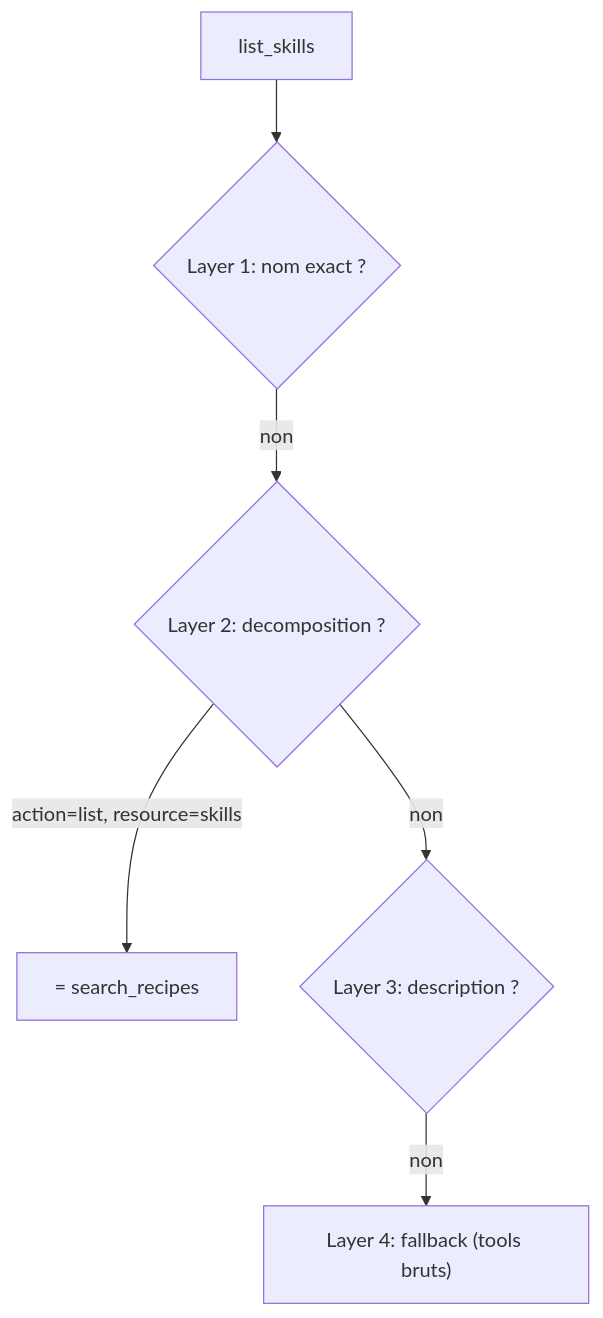
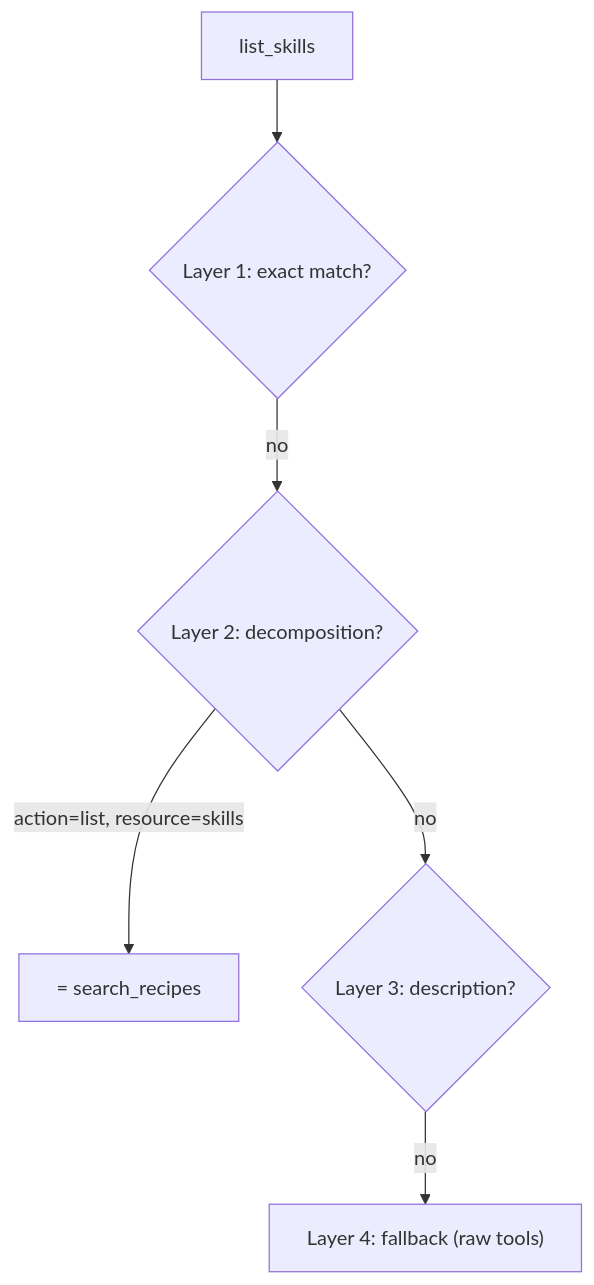
One commit to jeanbaptiste/webmcp-auto-ui changed the tenth of 11 diagrams in docs/starlight/src/content/docs/tutorials/architecture-mcp-webmcp.mdx. Above: the diagram before and after it, drawn with Mermaid. The commit also changed other lines of this file and 94 other files, not shown here.

````diff
--- a/docs/starlight/src/content/docs/tutorials/architecture-mcp-webmcp.mdx
+++ b/docs/starlight/src/content/docs/tutorials/architecture-mcp-webmcp.mdx
@@ -358,8 +335,8 @@
 ```mermaid
 graph TD
-    Tool["list_skills"] --> L1{Layer 1: nom exact ?}
-    L1 -->|non| L2{Layer 2: decomposition ?}
+    Tool["list_skills"] --> L1{Layer 1: exact match?}
+    L1 -->|no| L2{Layer 2: decomposition?}
     L2 -->|action=list, resource=skills| Match["= search_recipes"]
-    L2 -->|non| L3{Layer 3: description ?}
-    L3 -->|non| L4["Layer 4: fallback (tools bruts)"]
+    L2 -->|no| L3{Layer 3: description?}
+    L3 -->|no| L4["Layer 4: fallback (raw tools)"]
 ```
````
